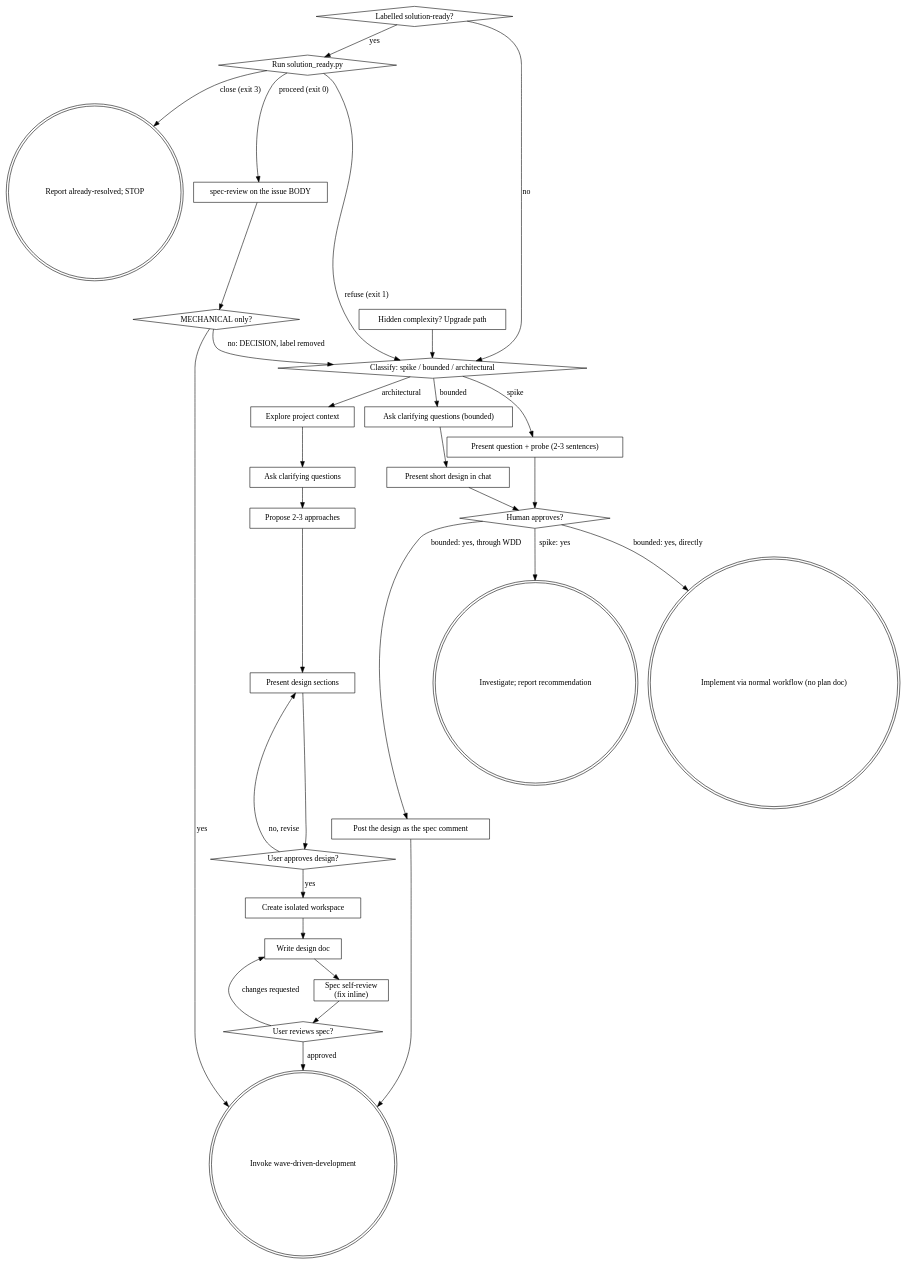
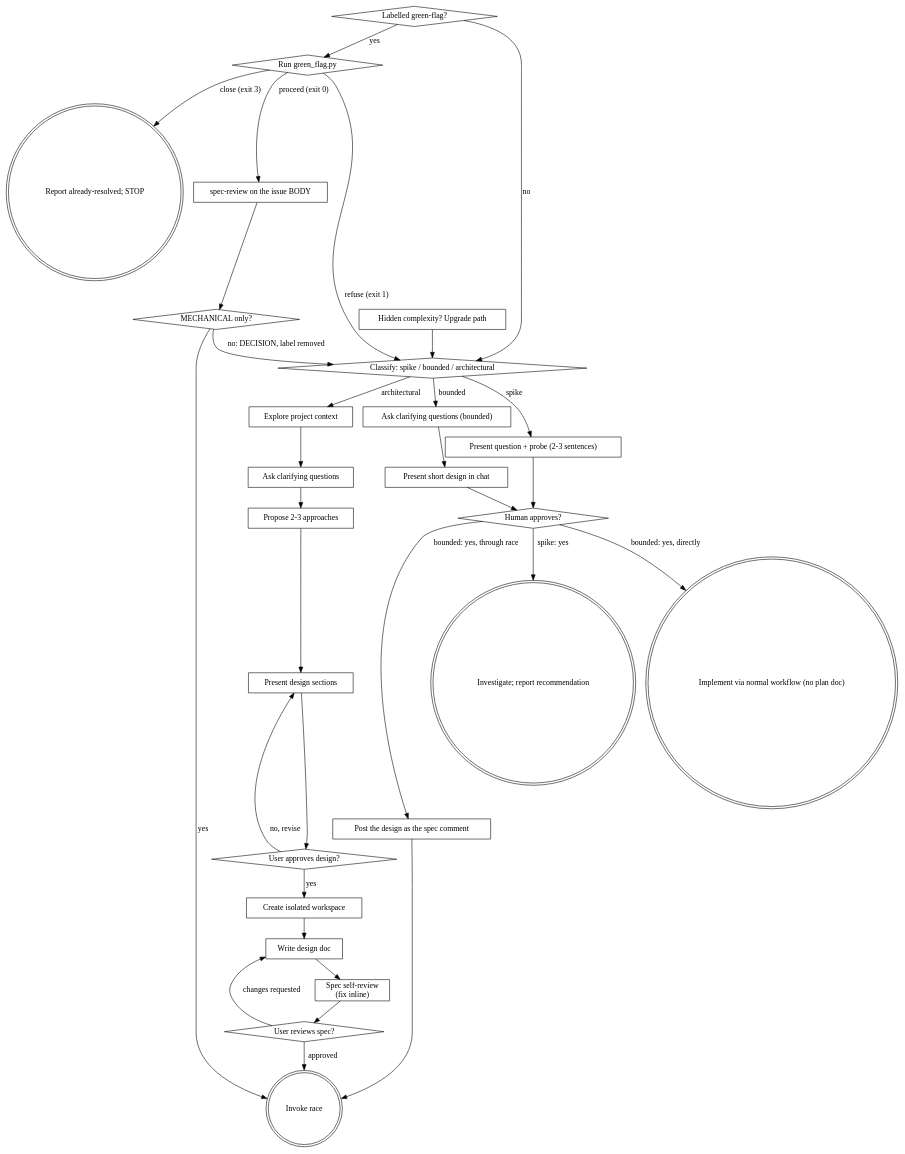
One commit to fendyjong/pitcall changed the diagram in skills/brainstorming/SKILL.md. Above: the diagram before and after it, drawn with Graphviz. The commit also changed other lines of this file and 2 other files, not shown here.

Commit message:
docs: brainstorming, setup and spec-review in the new names (#58)

````diff
--- a/skills/brainstorming/SKILL.md
+++ b/skills/brainstorming/SKILL.md
@@ -220,59 +225,59 @@
 ```dot
 digraph brainstorming {
-    "Labelled solution-ready?" [shape=diamond];
-    "Run solution_ready.py" [shape=diamond];
+    "Labelled green-flag?" [shape=diamond];
+    "Run green_flag.py" [shape=diamond];
     "Report already-resolved; STOP" [shape=doublecircle];
     "spec-review on the issue BODY" [shape=box];
     "MECHANICAL only?" [shape=diamond];
     "Classify: spike / bounded / architectural" [shape=diamond];
     "Present question + probe (2-3 sentences)" [shape=box];
     "Ask clarifying questions (bounded)" [shape=box];
     "Present short design in chat" [shape=box];
     "Human approves?" [shape=diamond];
     "Investigate; report recommendation" [shape=doublecircle];
     "Implement via normal workflow (no plan doc)" [shape=doublecircle];
     "Post the design as the spec comment" [shape=box];
     "Explore project context" [shape=box];
     "Ask clarifying questions" [shape=box];
     "Propose 2-3 approaches" [shape=box];
     "Present design sections" [shape=box];
     "User approves design?" [shape=diamond];
     "Create isolated workspace" [shape=box];
     "Write design doc" [shape=box];
     "Spec self-review\n(fix inline)" [shape=box];
     "User reviews spec?" [shape=diamond];
-    "Invoke wave-driven-development" [shape=doublecircle];
+    "Invoke race" [shape=doublecircle];
     "Hidden complexity? Upgrade path" [shape=box];
 
     "Classify: spike / bounded / architectural" -> "Present question + probe (2-3 sentences)" [label="spike"];
     "Classify: spike / bounded / architectural" -> "Ask clarifying questions (bounded)" [label="bounded"];
     "Classify: spike / bounded / architectural" -> "Explore project context" [label="architectural"];
     "Present question + probe (2-3 sentences)" -> "Human approves?";
     "Ask clarifying questions (bounded)" -> "Present short design in chat";
     "Present short design in chat" -> "Human approves?";
     "Human approves?" -> "Investigate; report recommendation" [label="spike: yes"];
     "Human approves?" -> "Implement via normal workflow (no plan doc)" [label="bounded: yes, directly"];
-    "Human approves?" -> "Post the design as the spec comment" [label="bounded: yes, through WDD"];
-    "Post the design as the spec comment" -> "Invoke wave-driven-development";
+    "Human approves?" -> "Post the design as the spec comment" [label="bounded: yes, through race"];
+    "Post the design as the spec comment" -> "Invoke race";
     "Hidden complexity? Upgrade path" -> "Classify: spike / bounded / architectural";
     "Explore project context" -> "Ask clarifying questions";
     "Ask clarifying questions" -> "Propose 2-3 approaches";
     "Propose 2-3 approaches" -> "Present design sections";
     "Present design sections" -> "User approves design?";
     "User approves design?" -> "Present design sections" [label="no, revise"];
     "User approves design?" -> "Create isolated workspace" [label="yes"];
     "Create isolated workspace" -> "Write design doc";
     "Write design doc" -> "Spec self-review\n(fix inline)";
     "Spec self-review\n(fix inline)" -> "User reviews spec?";
     "User reviews spec?" -> "Write design doc" [label="changes requested"];
-    "User reviews spec?" -> "Invoke wave-driven-development" [label="approved"];
-    "Labelled solution-ready?" -> "Run solution_ready.py" [label="yes"];
-    "Labelled solution-ready?" -> "Classify: spike / bounded / architectural" [label="no"];
-    "Run solution_ready.py" -> "Report already-resolved; STOP" [label="close (exit 3)"];
-    "Run solution_ready.py" -> "Classify: spike / bounded / architectural" [label="refuse (exit 1)"];
-    "Run solution_ready.py" -> "spec-review on the issue BODY" [label="proceed (exit 0)"];
+    "User reviews spec?" -> "Invoke race" [label="approved"];
+    "Labelled green-flag?" -> "Run green_flag.py" [label="yes"];
+    "Labelled green-flag?" -> "Classify: spike / bounded / architectural" [label="no"];
+    "Run green_flag.py" -> "Report already-resolved; STOP" [label="close (exit 3)"];
+    "Run green_flag.py" -> "Classify: spike / bounded / architectural" [label="refuse (exit 1)"];
+    "Run green_flag.py" -> "spec-review on the issue BODY" [label="proceed (exit 0)"];
     "spec-review on the issue BODY" -> "MECHANICAL only?";
-    "MECHANICAL only?" -> "Invoke wave-driven-development" [label="yes"];
+    "MECHANICAL only?" -> "Invoke race" [label="yes"];
     "MECHANICAL only?" -> "Classify: spike / bounded / architectural" [label="no: DECISION, label removed"];
 }
 ```
````
